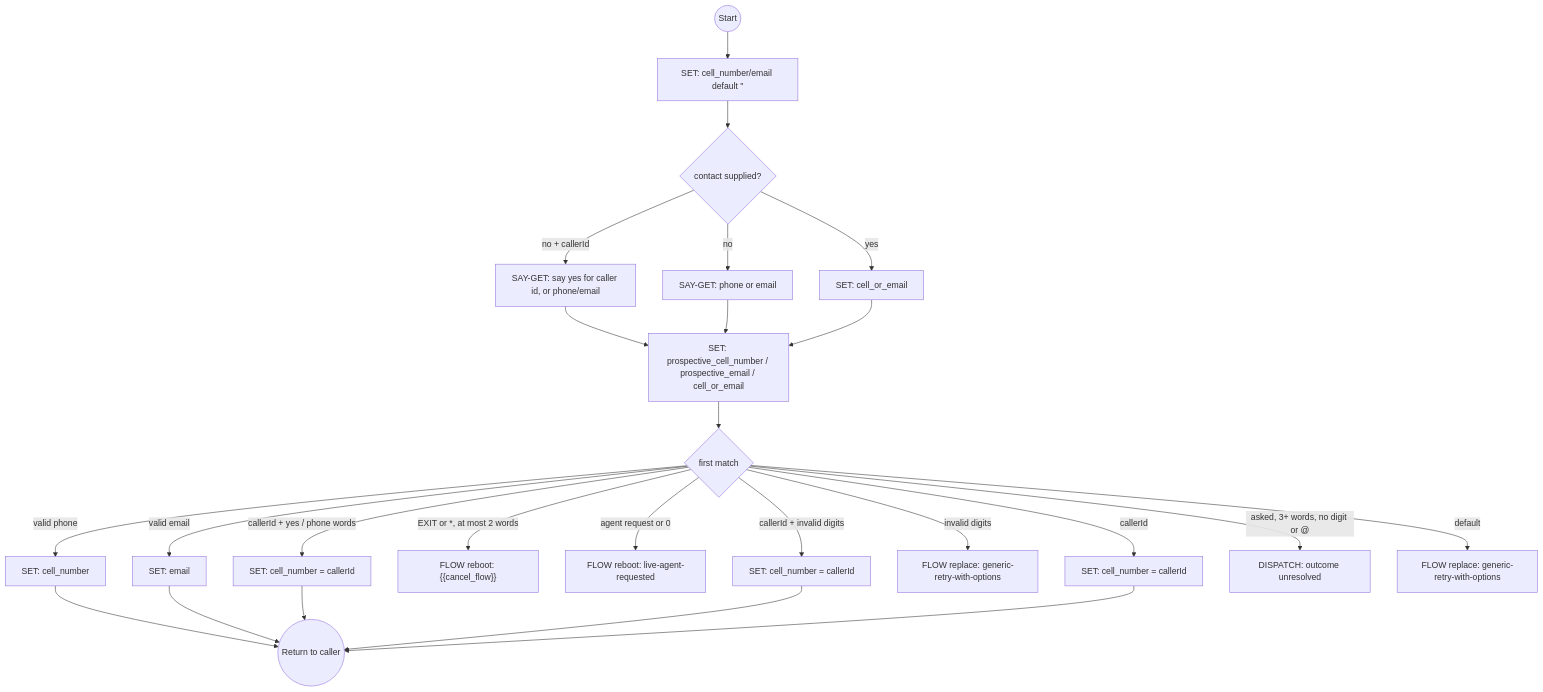
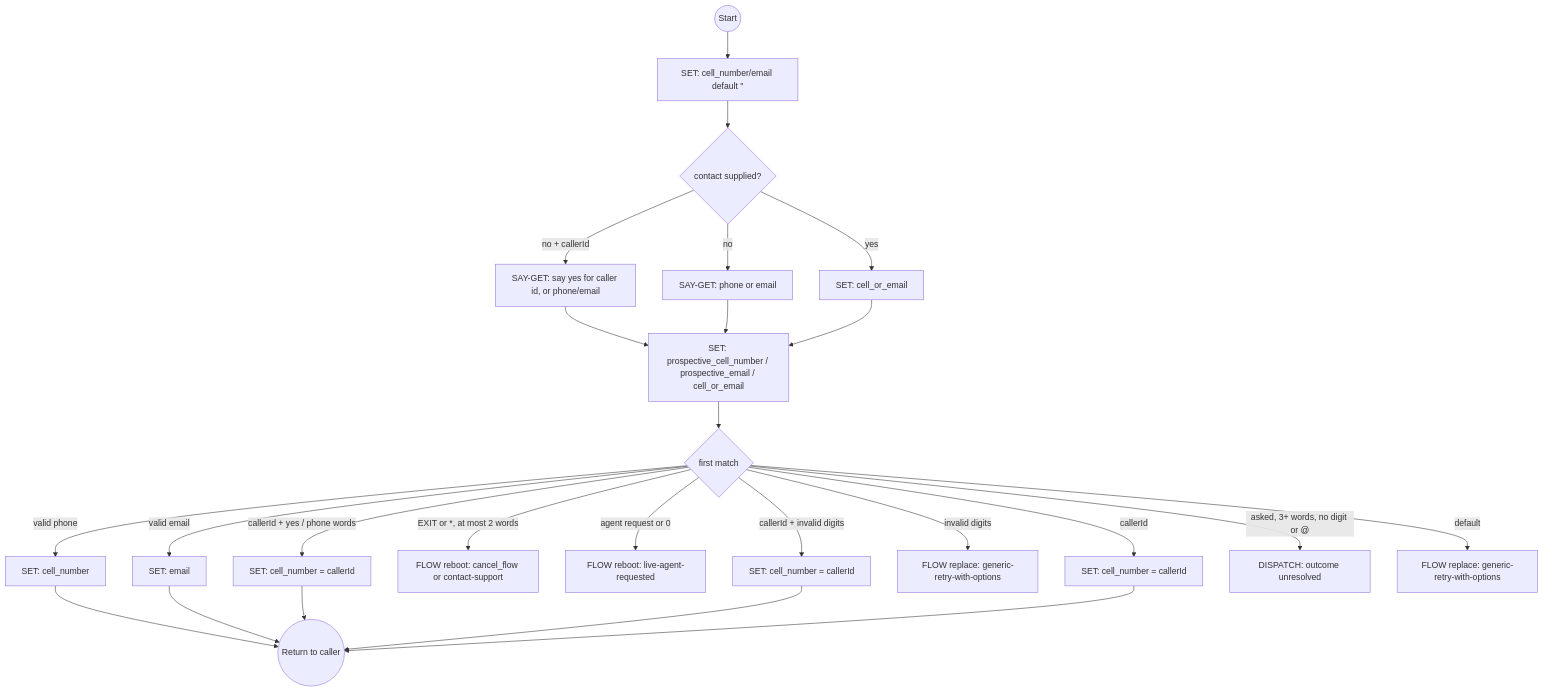
Before and after one commit to ronpinkas/jsfe: the sixth of 16 diagrams in docs/system-flows.md, drawn with Mermaid. The commit also changed other lines of this file and 1 other file, not shown here.

Commit message:
docs: system flows page for the single retry menu and cancel_flow at every exit

````diff
--- a/docs/system-flows.md
+++ b/docs/system-flows.md
@@ -308,27 +317,27 @@
 ```mermaid
 graph TD
     start((Start)) --> guards[SET: cell_number/email default '']
     guards --> ask{contact supplied?}
     ask -->|no + callerId| ask_with_caller_id[SAY-GET: say yes for caller id, or phone/email]
     ask -->|no| ask_plain[SAY-GET: phone or email]
     ask -->|yes| use_provided[SET: cell_or_email]
     ask_with_caller_id --> normalize[SET: prospective_cell_number / prospective_email / cell_or_email]
     ask_plain --> normalize
     use_provided --> normalize
     normalize --> branch{first match}
     branch -->|valid phone| valid_phone[SET: cell_number]
     branch -->|valid email| valid_email[SET: email]
     branch -->|callerId + yes / phone words| use_caller_id[SET: cell_number = callerId]
-    branch -->|EXIT or *, at most 2 words| abort_process["FLOW reboot: {{cancel_flow}}"]
+    branch -->|EXIT or *, at most 2 words| abort_process["FLOW reboot: cancel_flow or contact-support"]
     branch -->|agent request or 0| goto_live_agent[FLOW reboot: live-agent-requested]
     branch -->|callerId + invalid digits| fallback_invalid[SET: cell_number = callerId]
     branch -->|invalid digits| invalid_phone[FLOW replace: generic-retry-with-options]
     branch -->|callerId| fallback_unrecognized[SET: cell_number = callerId]
     branch -->|asked, 3+ words, no digit or @| off_topic["DISPATCH: outcome unresolved"]
     branch -->|default| retry[FLOW replace: generic-retry-with-options]
     valid_phone --> stop((Return to caller))
     valid_email --> stop
     use_caller_id --> stop
     fallback_invalid --> stop
     fallback_unrecognized --> stop
 ```
````
